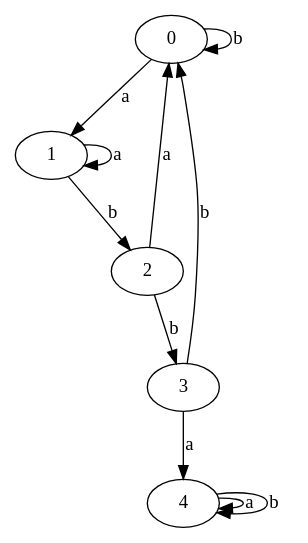
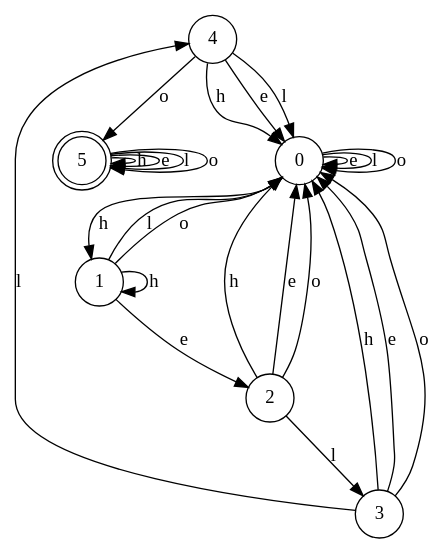
The diagram in DFA.gv (BilelAvans/FormMeth), drawn with Graphviz before and after one commit. The commit also changed 5 other files, not shown here.

```diff
--- a/DFA.gv
+++ b/DFA.gv
@@ -1,12 +1,28 @@
 digraph { 
-0 -> 1 [ label="a", weigth="0.6"]; 
-0 -> 0 [ label="b", weigth="0.6"]; 
-1 -> 2 [ label="b", weigth="0.6"]; 
-1 -> 1 [ label="a", weigth="0.6"]; 
-2 -> 3 [ label="b", weigth="0.6"]; 
-2 -> 0 [ label="a", weigth="0.6"]; 
-3 -> 4 [ label="a", weigth="0.6"]; 
-3 -> 0 [ label="b", weigth="0.6"]; 
-4 -> 4 [ label="a", weigth="0.6"]; 
-4 -> 4 [ label="b", weigth="0.6"]; 
+node [shape = doublecircle]; 5 ;
+node [shape = circle]; 
+0 -> 1 [ label="h", weigth="0.6"]; 
+0 -> 0 [ label="e", weigth="0.6"]; 
+0 -> 0 [ label="l", weigth="0.6"]; 
+0 -> 0 [ label="o", weigth="0.6"]; 
+1 -> 2 [ label="e", weigth="0.6"]; 
+1 -> 1 [ label="h", weigth="0.6"]; 
+1 -> 0 [ label="l", weigth="0.6"]; 
+1 -> 0 [ label="o", weigth="0.6"]; 
+2 -> 3 [ label="l", weigth="0.6"]; 
+2 -> 0 [ label="h", weigth="0.6"]; 
+2 -> 0 [ label="e", weigth="0.6"]; 
+2 -> 0 [ label="o", weigth="0.6"]; 
+3 -> 4 [ label="l", weigth="0.6"]; 
+3 -> 0 [ label="h", weigth="0.6"]; 
+3 -> 0 [ label="e", weigth="0.6"]; 
+3 -> 0 [ label="o", weigth="0.6"]; 
+4 -> 5 [ label="o", weigth="0.6"]; 
+4 -> 0 [ label="h", weigth="0.6"]; 
+4 -> 0 [ label="e", weigth="0.6"]; 
+4 -> 0 [ label="l", weigth="0.6"]; 
+5 -> 5 [ label="h", weigth="0.6"]; 
+5 -> 5 [ label="e", weigth="0.6"]; 
+5 -> 5 [ label="l", weigth="0.6"]; 
+5 -> 5 [ label="o", weigth="0.6"]; 
 }
```
